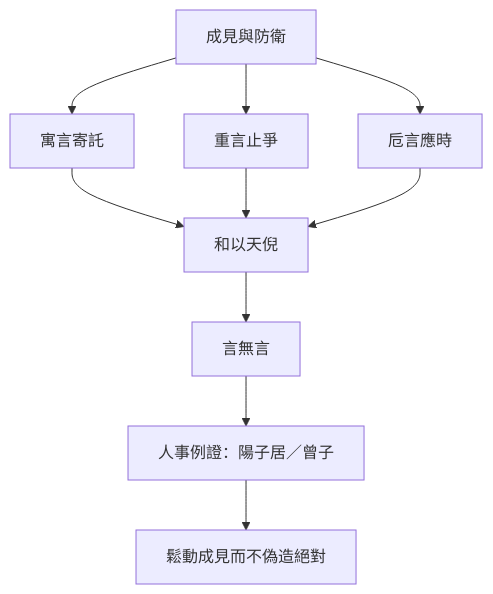
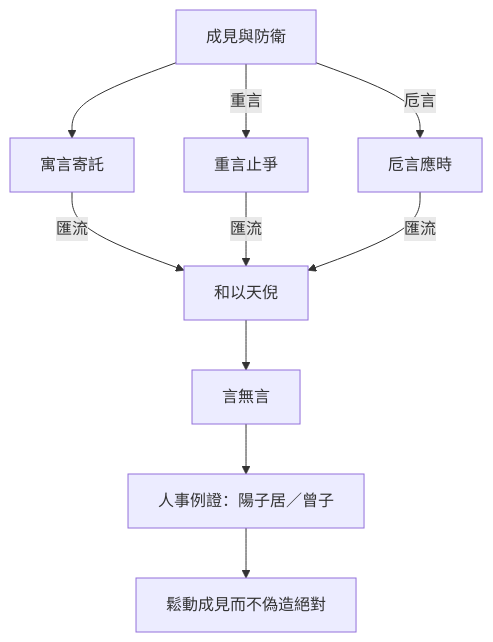
Before and after one commit to show0621/zhuangzi-atlas: the diagram in content/chapters/03-雜篇/27-寓言.md, drawn with Mermaid. The commit also changed 14 other files, not shown here.

First line of the commit message:
release: 合併心智圖渲染、12篇收束改寫與 Mermaid 標籤修正

````diff
--- a/content/chapters/03-雜篇/27-寓言.md
+++ b/content/chapters/03-雜篇/27-寓言.md
@@ -187,12 +187,12 @@
 ```mermaid
 flowchart TD
   A[成見與防衛] --> B[寓言寄託]
-  A --> C[重言止爭]
-  A --> D[卮言應時]
-  B --> E[和以天倪]
-  C --> E
-  D --> E
+  A -->|重言| C[重言止爭]
+  A -->|卮言| D[卮言應時]
+  B -->|匯流| E[和以天倪]
+  C -->|匯流| E
+  D -->|匯流| E
   E --> F[言無言]
   F --> G[人事例證：陽子居／曾子]
   G --> H[鬆動成見而不偽造絕對]
 ```
````
